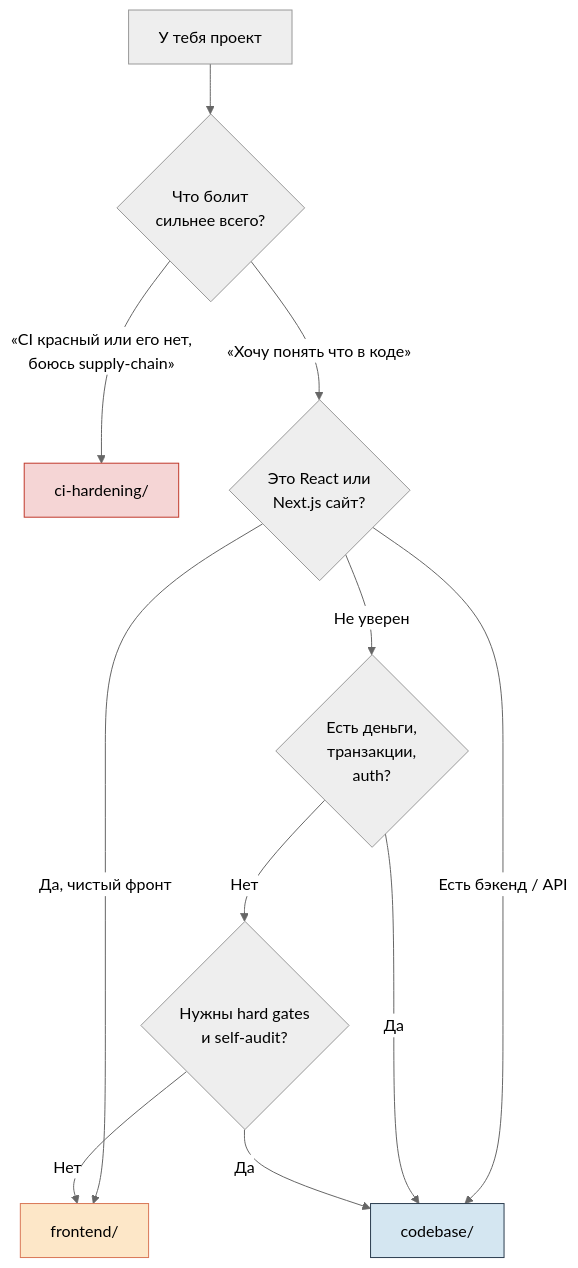
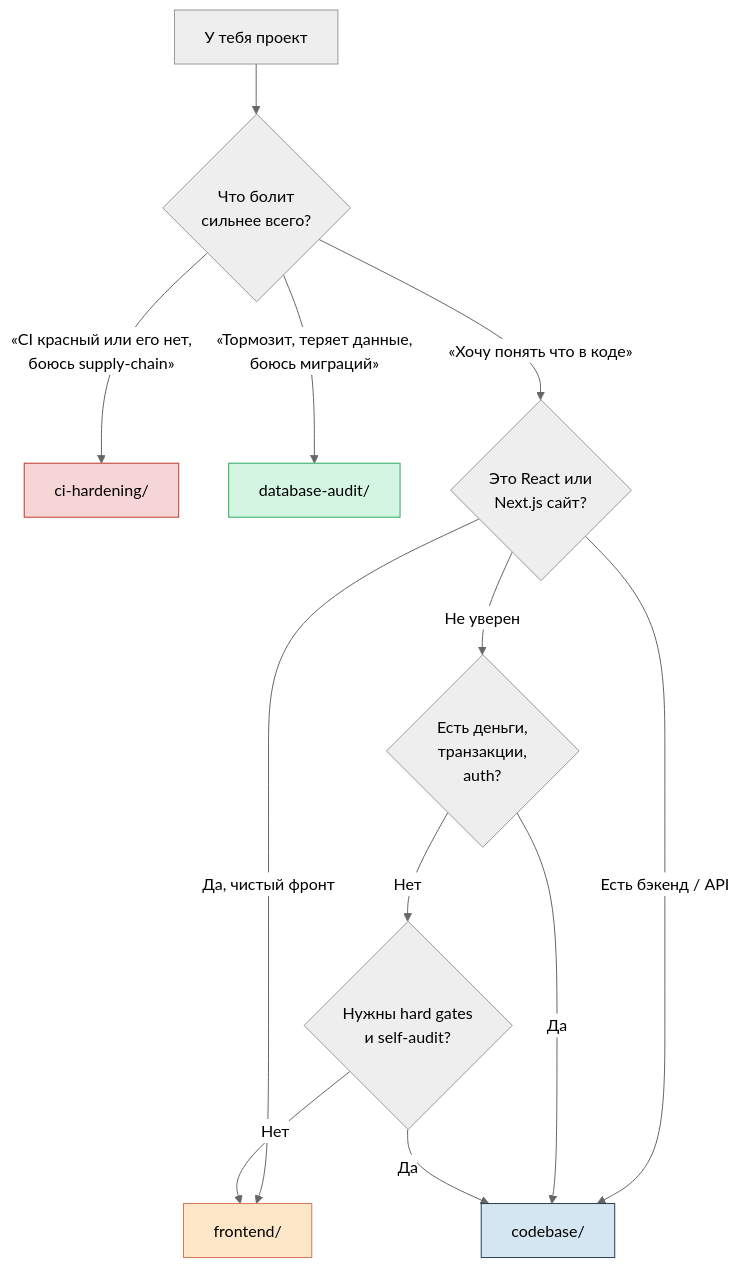
The diagram in README.md (VKirill/audit-pipelines), drawn with Mermaid (neutral theme) before and after one commit. The commit also changed other lines of this file and 40 other files, not shown here.

````diff
--- a/README.md
+++ b/README.md
@@ -130,17 +152,19 @@
 ```mermaid
 flowchart TD
     A[У тебя проект] --> Z{Что болит<br/>сильнее всего?}
     Z -- «CI красный или его нет,<br/>боюсь supply-chain» --> H[ci-hardening/]
+    Z -- «Тормозит, теряет данные,<br/>боюсь миграций» --> DB[database-audit/]
     Z -- «Хочу понять что в коде» --> B{Это React или<br/>Next.js сайт?}
     B -- Да, чистый фронт --> C[frontend/]
     B -- Есть бэкенд / API --> D[codebase/]
     B -- Не уверен --> E{Есть деньги,<br/>транзакции,<br/>auth?}
     E -- Да --> D
     E -- Нет --> F{Нужны hard gates<br/>и self-audit?}
     F -- Да --> D
     F -- Нет --> C
 
     style C fill:#fde7c8,stroke:#d97757,color:#000
     style D fill:#d4e6f1,stroke:#2c3e50,color:#000
     style H fill:#f5d5d5,stroke:#c0392b,color:#000
+    style DB fill:#d5f5e3,stroke:#27ae60,color:#000
 ```
````
